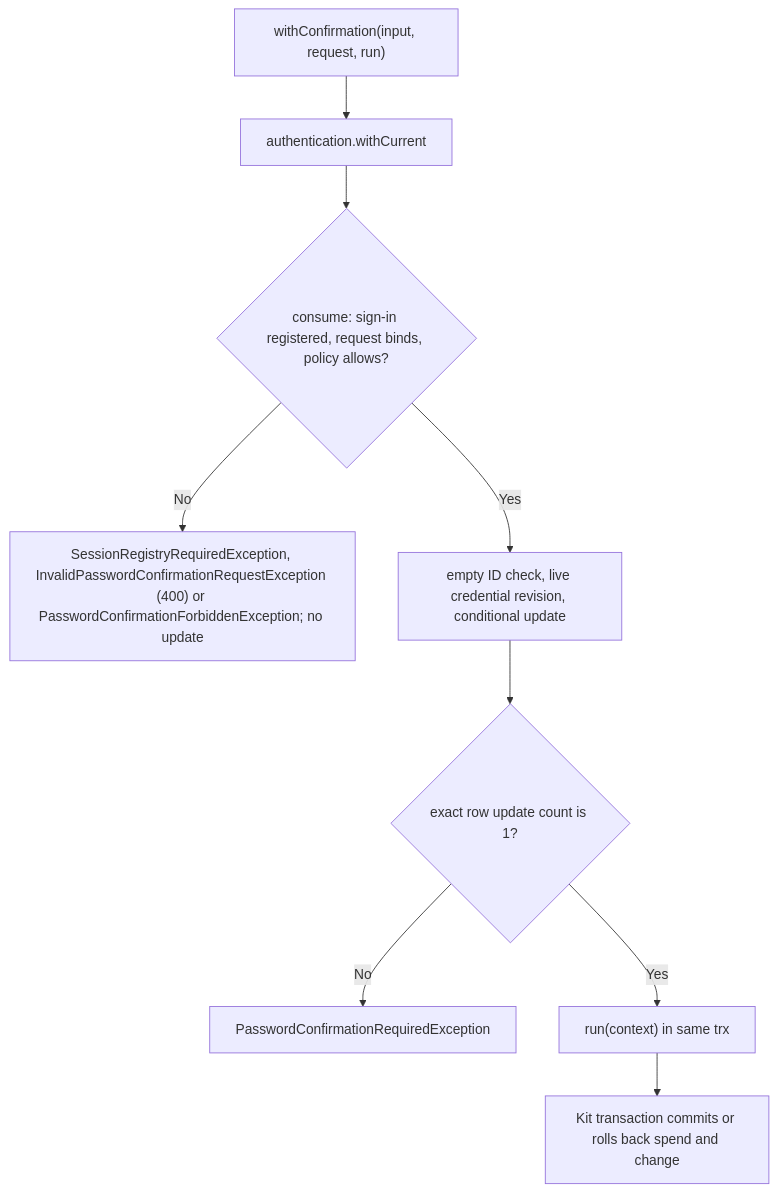
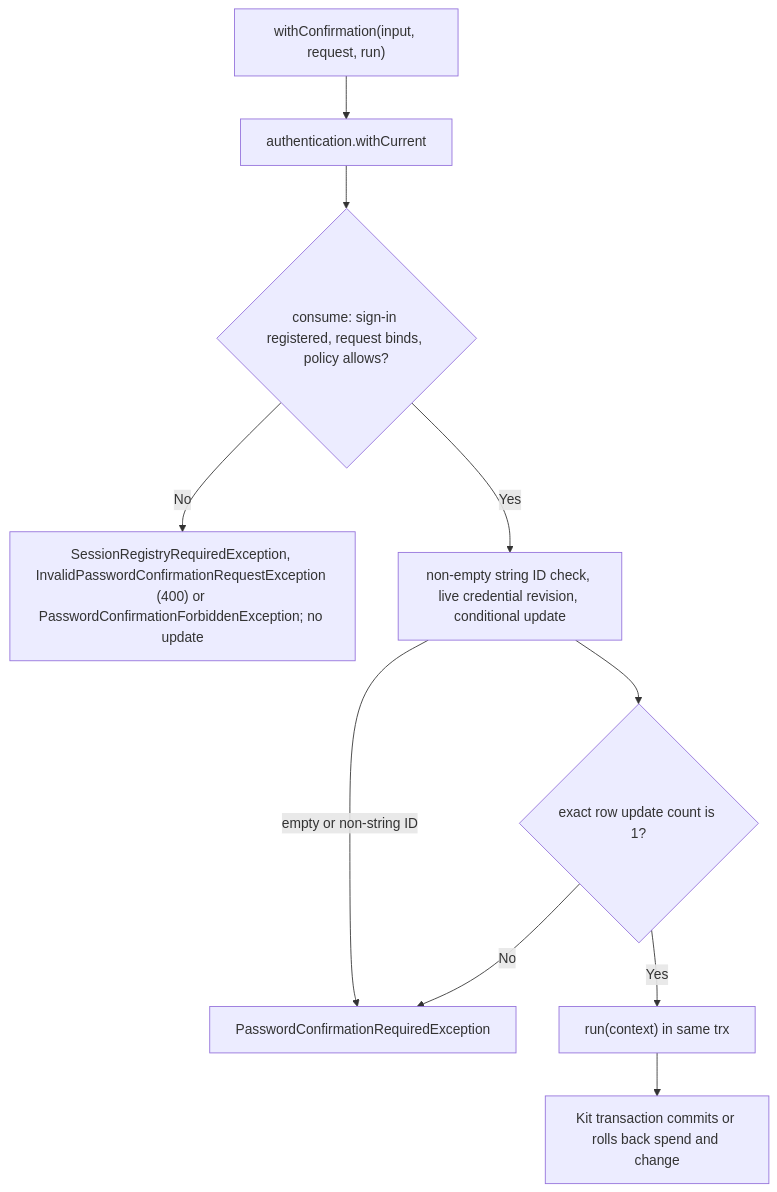
One commit to Kevinjohn/oss-adonisjs-confirm-action-with-password changed the second of 2 diagrams in user-stories/US-CONFIRM-02-spend-confirmation.md. Above: the diagram before and after it, drawn with Mermaid. The commit also changed 3 other files, not shown here.

````diff
--- a/user-stories/US-CONFIRM-02-spend-confirmation.md
+++ b/user-stories/US-CONFIRM-02-spend-confirmation.md
@@ -35,11 +35,12 @@
 ```mermaid
 flowchart TD
     A["withConfirmation(input, request, run)"] --> B["authentication.withCurrent"]
     B --> C{"consume: sign-in registered, request binds, policy allows?"}
     C -->|No| C2["SessionRegistryRequiredException, InvalidPasswordConfirmationRequestException (400) or PasswordConfirmationForbiddenException; no update"]
-    C -->|Yes| C3["empty ID check, live credential revision, conditional update"]
+    C -->|Yes| C3["non-empty string ID check, live credential revision, conditional update"]
+    C3 -->|"empty or non-string ID"| E
     C3 --> D{"exact row update count is 1?"}
     D -->|No| E["PasswordConfirmationRequiredException"]
     D -->|Yes| F["run(context) in same trx"]
     F --> G["Kit transaction commits or rolls back spend and change"]
 ```
````
